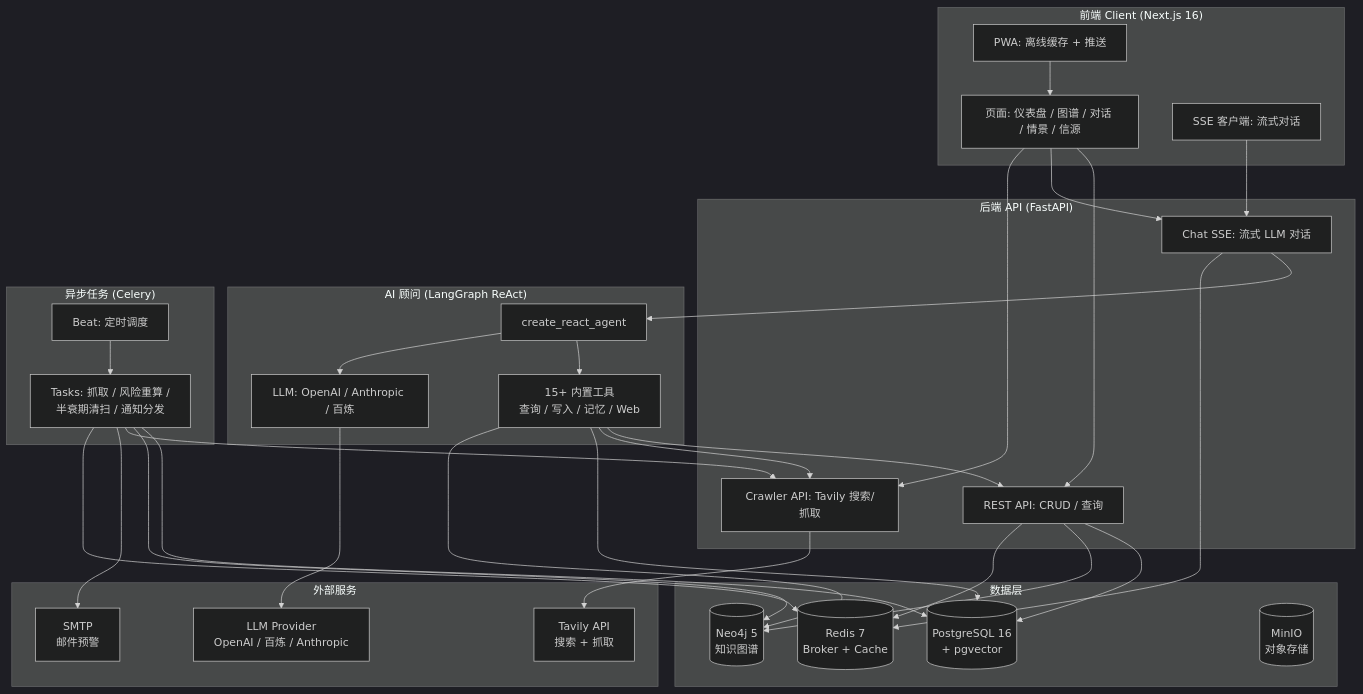
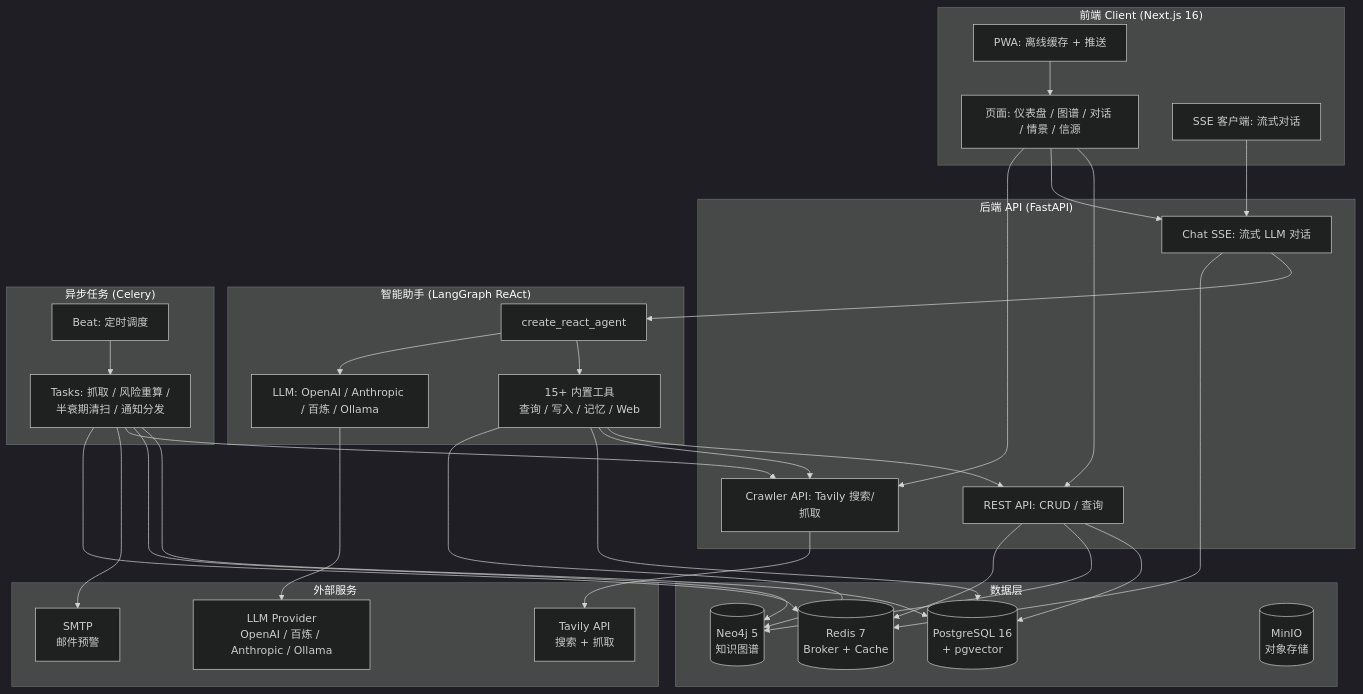
The first of 2 diagrams in README.zh-CN.md (CaryK753/LifeTree), drawn with Mermaid (dark theme) before and after one commit. The commit also changed other lines of this file and 106 other files, not shown here.

````diff
--- a/README.zh-CN.md
+++ b/README.zh-CN.md
@@ -84,67 +84,67 @@
 ```mermaid
 graph TB
     subgraph Client["前端 Client (Next.js 16)"]
         UI[页面: 仪表盘 / 图谱 / 对话 / 情景 / 信源]
         PWA[PWA: 离线缓存 + 推送]
         SSE_C[SSE 客户端: 流式对话]
     end
 
     subgraph API["后端 API (FastAPI)"]
         REST[REST API: CRUD / 查询]
         CHAT[Chat SSE: 流式 LLM 对话]
         CRAWLER[Crawler API: Tavily 搜索/抓取]
     end
 
-    subgraph Agent["AI 顾问 (LangGraph ReAct)"]
+    subgraph Agent["智能助手 (LangGraph ReAct)"]
         GRAPH[create_react_agent]
         TOOLS[15+ 内置工具<br/>查询 / 写入 / 记忆 / Web]
-        LLM[LLM: OpenAI / Anthropic / 百炼]
+        LLM[LLM: OpenAI / Anthropic / 百炼 / Ollama]
     end
 
     subgraph Worker["异步任务 (Celery)"]
         BEAT[Beat: 定时调度]
         TASKS[Tasks: 抓取 / 风险重算 /<br/>半衰期清扫 / 通知分发]
     end
 
     subgraph Storage["数据层"]
         PG[(PostgreSQL 16<br/>+ pgvector)]
         NEO[(Neo4j 5<br/>知识图谱)]
         REDIS[(Redis 7<br/>Broker + Cache)]
         MINIO[(MinIO<br/>对象存储)]
     end
 
     subgraph External["外部服务"]
         TAVILY[Tavily API<br/>搜索 + 抓取]
         SMTP[SMTP<br/>邮件预警]
-        LLM_API[LLM Provider<br/>OpenAI / 百炼 / Anthropic]
+        LLM_API[LLM Provider<br/>OpenAI / 百炼 / Anthropic / Ollama]
     end
 
     UI --> REST
     UI --> CHAT
     UI --> CRAWLER
     PWA --> UI
     SSE_C --> CHAT
 
     CHAT --> GRAPH
     GRAPH --> TOOLS
     GRAPH --> LLM
     LLM --> LLM_API
     TOOLS --> REST
     TOOLS --> CRAWLER
     CRAWLER --> TAVILY
 
     REST --> PG
     REST --> NEO
     TOOLS --> PG
     TOOLS --> NEO
 
     BEAT --> TASKS
     TASKS --> PG
     TASKS --> NEO
     TASKS --> CRAWLER
     TASKS --> SMTP
     TASKS --> REDIS
 
     CHAT --> REDIS
     REST --> REDIS
 ```
````
